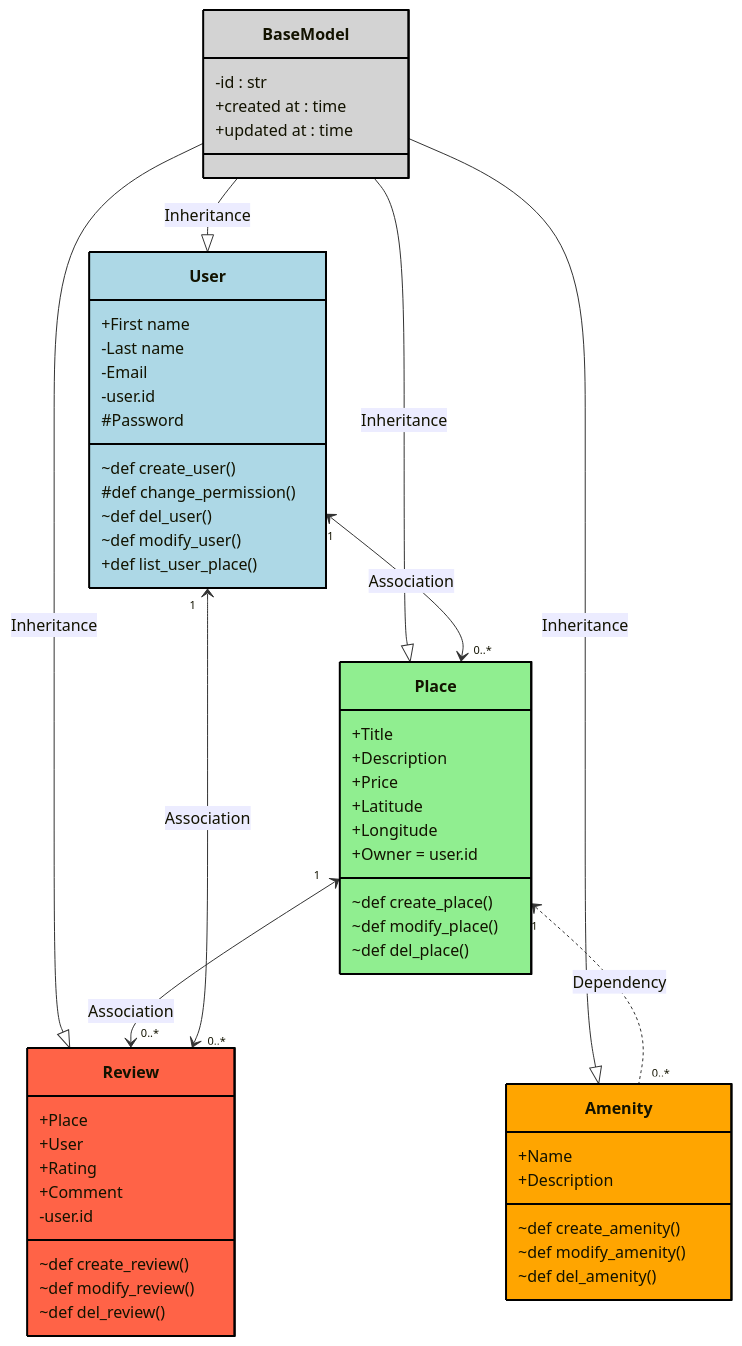
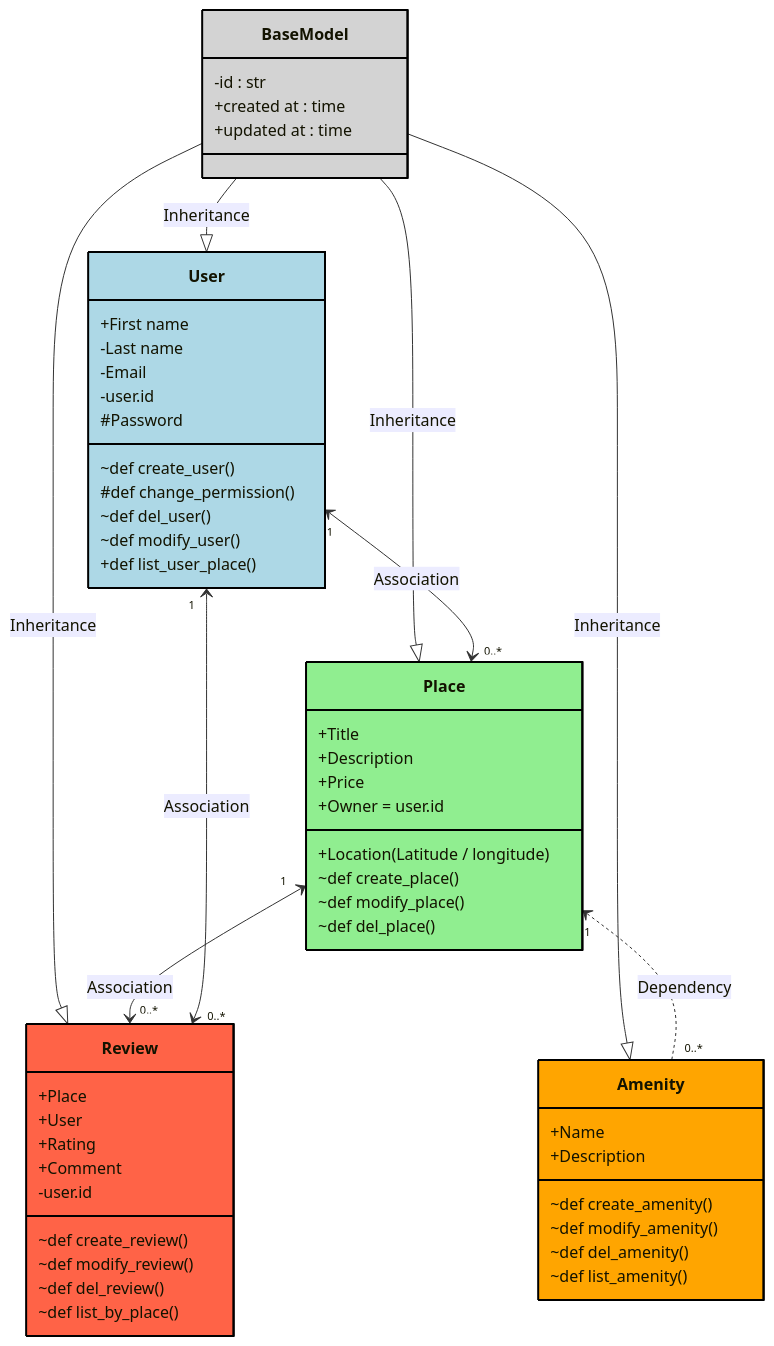
Before and after one commit to KillianRipoche/holbertonschool-hbnb: the diagram in part-1/classDiagram.md, drawn with Mermaid. The commit also changed other lines of this file, not shown here.

Commit message:
Add location in class Place

````diff
--- a/part-1/classDiagram.md
+++ b/part-1/classDiagram.md
@@ -1,67 +2,68 @@
 ```mermaid
 classDiagram
 direction TB
 
 class BaseModel{
 -id : str
 +created at : time
 +updated at : time
 }
 class User{
 +First name
 -Last name
 -Email
 -user.id
 #Password
 ~def create_user()
 #def change_permission()
 ~def del_user()
 ~def modify_user()
 +def list_user_place()
 }
 class Place{
 +Title
 +Description
 +Price
-+Latitude
-+Longitude
++Location (Latitude / longitude)
 +Owner = user.id
 ~def create_place()
 ~def modify_place()
 ~def del_place()
 }
 class Amenity{
 +Name
 +Description
 ~def create_amenity()
 ~def modify_amenity()
 ~def del_amenity()
+~def list_amenity()
 }
 class Review{
 +Place
 +User
 +Rating
 +Comment
 -user.id
 ~def create_review()
 ~def modify_review()
 ~def del_review()
+~def list_by_place()
 }
 
 BaseModel --|> User : Inheritance
 BaseModel --|> Place : Inheritance
 BaseModel --|> Amenity : Inheritance
 BaseModel --|> Review : Inheritance
 
 Place "1" <.. "0..*" Amenity : Dependency
 
 Place "1" <--> "0..*" Review : Association
 User "1" <--> "0..*" Review : Association
 User "1" <--> "0..*" Place : Association
 
 style BaseModel fill:#d3d3d3,stroke:#000,stroke-width:2px;
 style User fill:#ADD8E6,stroke:#000,stroke-width:2px;
 style Place fill:#90EE90,stroke:#000,stroke-width:2px;
 style Amenity fill:#FFA500,stroke:#000,stroke-width:2px;
 style Review fill:#FF6347,stroke:#000,stroke-width:2px;
 ```
````
